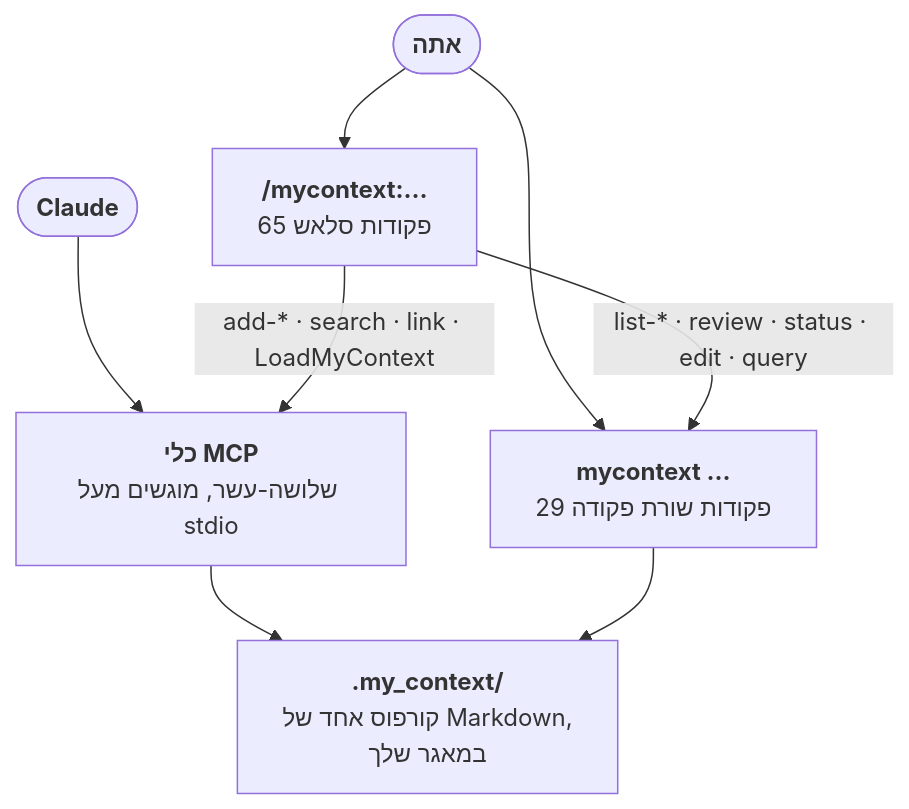
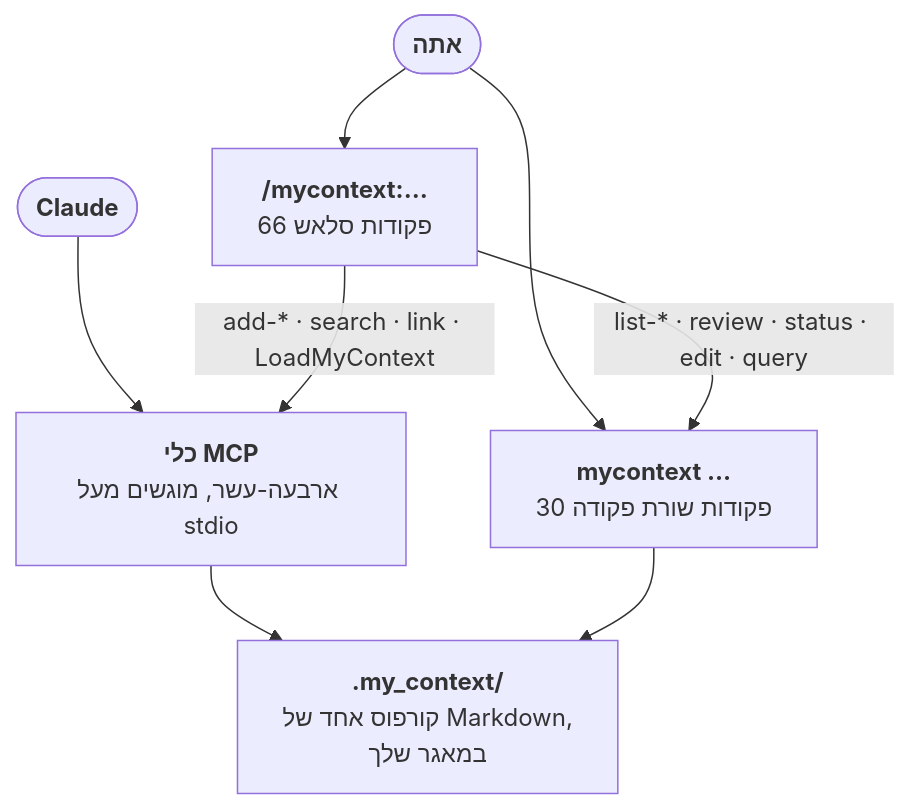
The fourth of 5 diagrams in docs/README.he.md (Dudi-Bar-On/my-context), drawn with Mermaid before and after one commit. The commit also changed other lines of this file and 1 other file, not shown here.

````diff
--- a/docs/README.he.md
+++ b/docs/README.he.md
@@ -1795,10 +1795,10 @@
 ```mermaid
 flowchart TB
-  U(["<b>אתה</b>"]) --> SL["<b>/mycontext:…</b><br/>65 פקודות סלאש"]
-  U --> CL["<b>mycontext …</b><br/>29 פקודות שורת פקודה"]
-  A(["<b>Claude</b>"]) --> TL["<b>כלי MCP</b><br/>שלושה-עשר, מוגשים מעל stdio"]
+  U(["<b>אתה</b>"]) --> SL["<b>/mycontext:…</b><br/>66 פקודות סלאש"]
+  U --> CL["<b>mycontext …</b><br/>30 פקודות שורת פקודה"]
+  A(["<b>Claude</b>"]) --> TL["<b>כלי MCP</b><br/>ארבעה-עשר, מוגשים מעל stdio"]
   SL -->|"add-* · search · link · LoadMyContext"| TL
   SL -->|"list-* · review · status · edit · query"| CL
   TL --> CO["<b>.my_context/</b><br/>קורפוס אחד של Markdown,<br/>במאגר שלך"]
   CL --> CO
 ```
````
